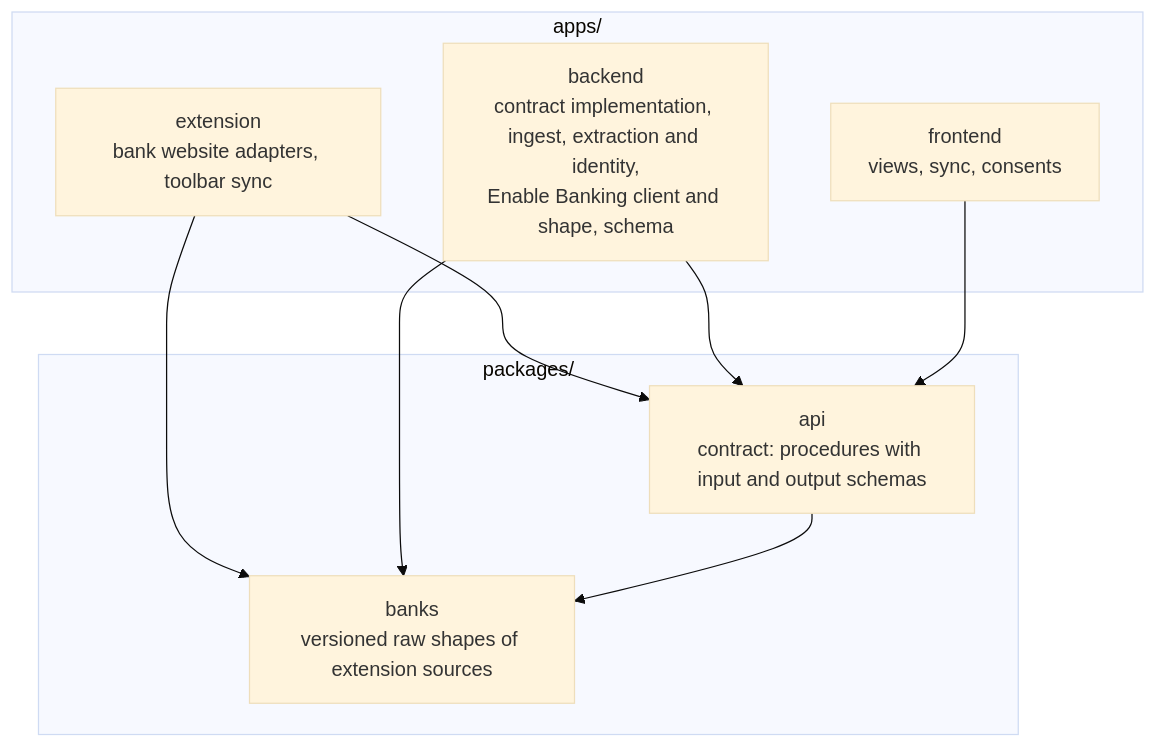
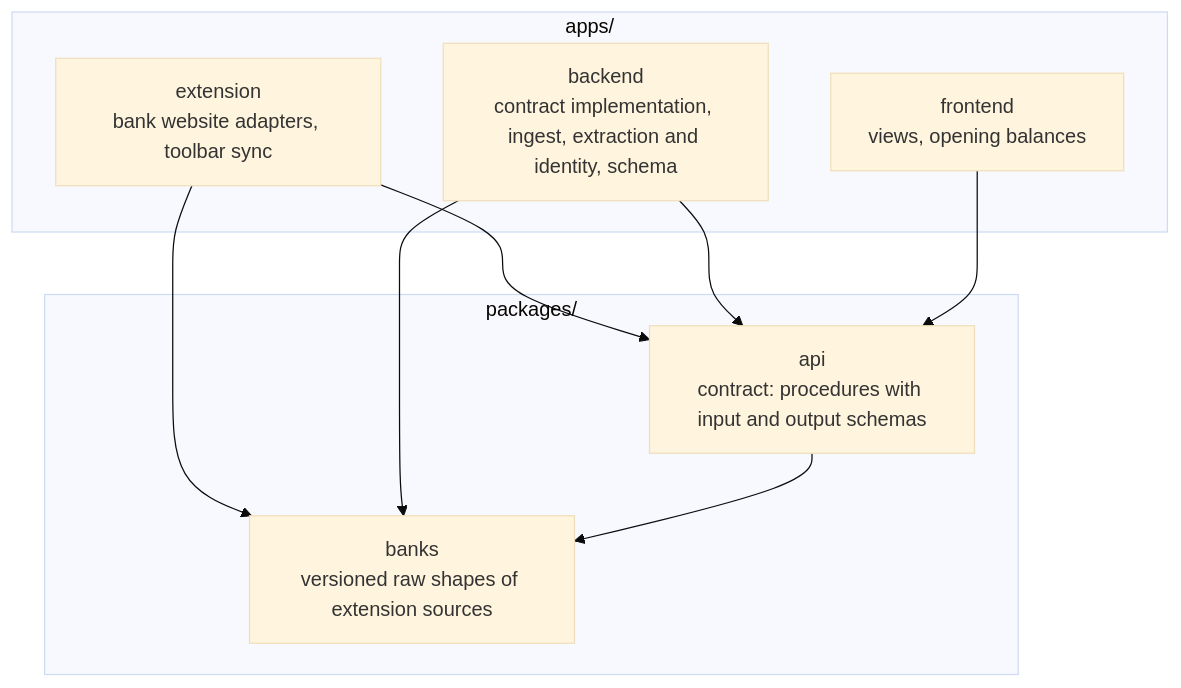
Before and after one commit to lennartmoeller/finance-tracker: the fourth of 5 diagrams in docs/architecture.md, drawn with Mermaid (base theme). The commit also changed other lines of this file and 6 other files, not shown here.

````diff
--- a/docs/architecture.md
+++ b/docs/architecture.md
@@ -145,18 +96,18 @@
 ```mermaid
 flowchart TD
   subgraph apps["apps/"]
     extension["extension<br/>bank website adapters, toolbar sync"]
-    backend["backend<br/>contract implementation, ingest, extraction and identity,<br/>Enable Banking client and shape, schema"]
-    frontend["frontend<br/>views, sync, consents"]
+    backend["backend<br/>contract implementation, ingest, extraction and identity, schema"]
+    frontend["frontend<br/>views, opening balances"]
   end
   subgraph packages["packages/"]
     api["api<br/>contract: procedures with input and output schemas"]
     banks["banks<br/>versioned raw shapes of extension sources"]
   end
   extension --> api
   extension --> banks
   backend --> api
   backend --> banks
   frontend --> api
   api --> banks
 ```
````
